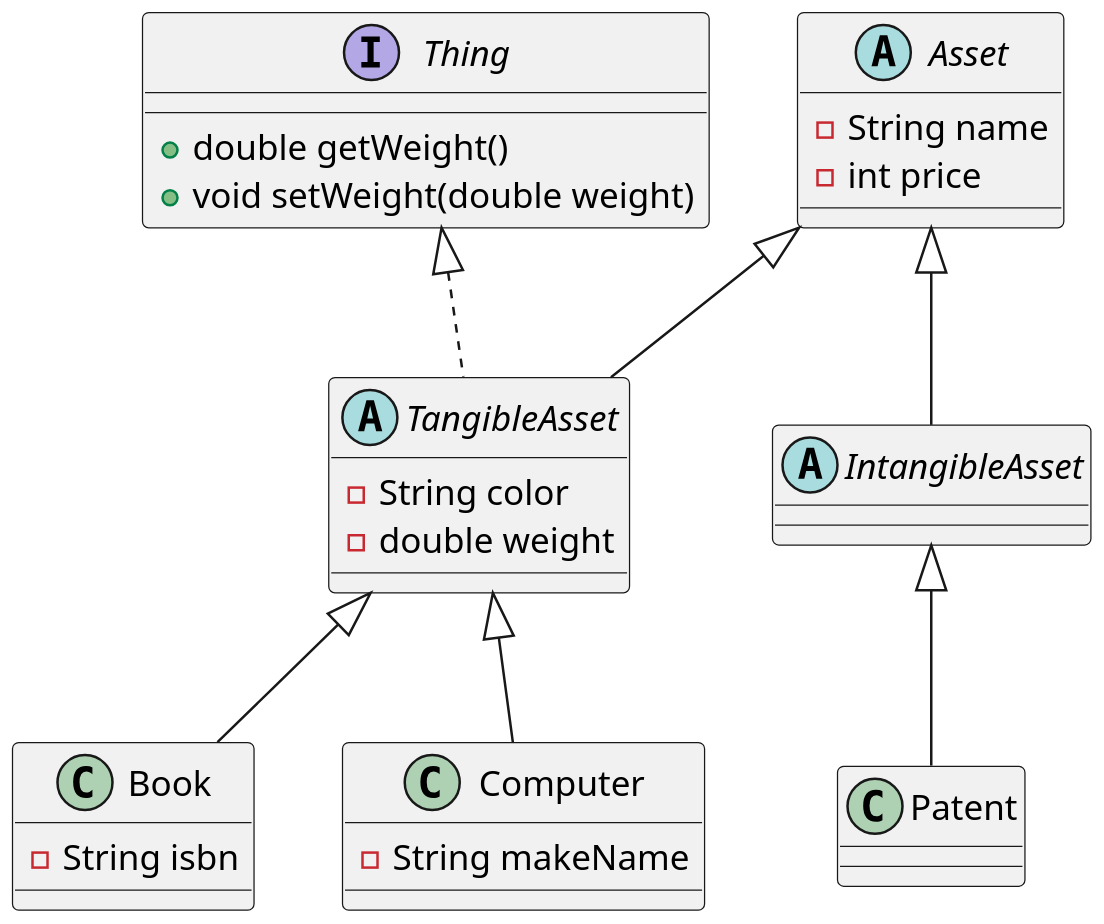
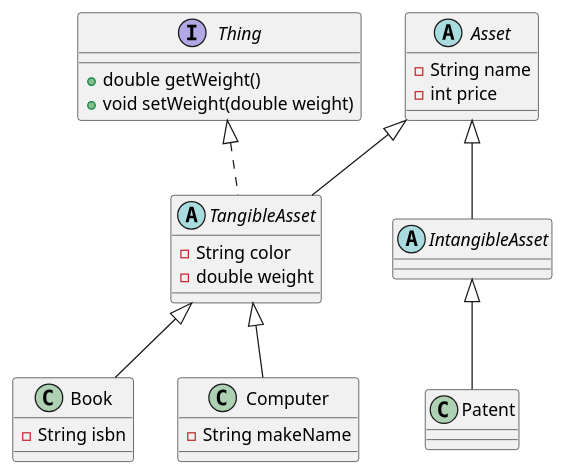
One commit to SurvivalCodingCampus/polytech_java_study changed the diagram in src/main/java/com/survivalcoding/Asset/Asset.puml. Above: the diagram before and after it, drawn with PlantUML.

Commit message:
fix: scale 값 1로 변경

```diff
--- a/src/main/java/com/survivalcoding/Asset/Asset.puml
+++ b/src/main/java/com/survivalcoding/Asset/Asset.puml
@@ -1,39 +1,39 @@
 @startuml
 'https://plantuml.com/class-diagram
 
 
-scale 2
+scale 1
 abstract class Asset {
 - String name
 - int price
 }
 
 abstract class TangibleAsset extends Asset implements Thing{
 
 
 - String color
 - double weight
 }
 
 class Book extends TangibleAsset {
 - String isbn
 }
 
 class Computer extends TangibleAsset {
 - String makeName
 }
 
 
 abstract class IntangibleAsset extends Asset{
 }
 
 interface Thing {
 + double getWeight()
 + void setWeight(double weight)
 
 }
 
 class Patent extends IntangibleAsset {
 }
 
 @enduml
```
